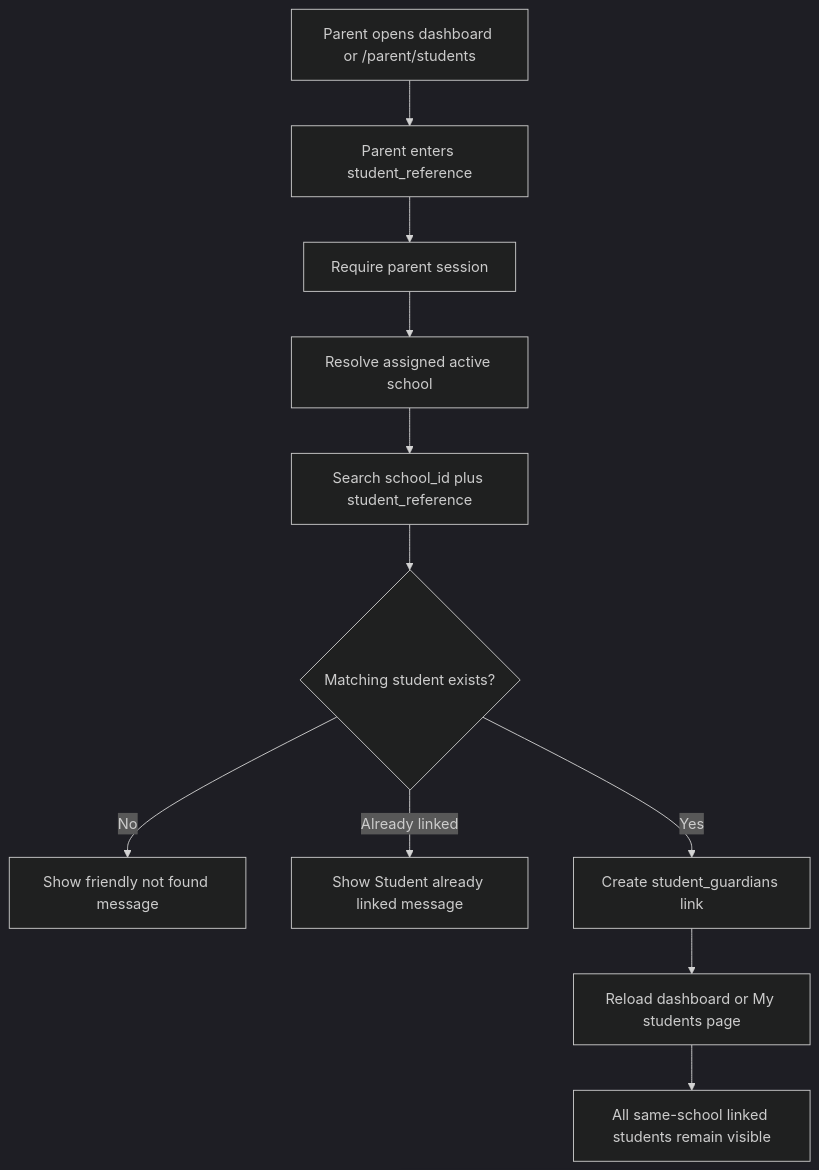
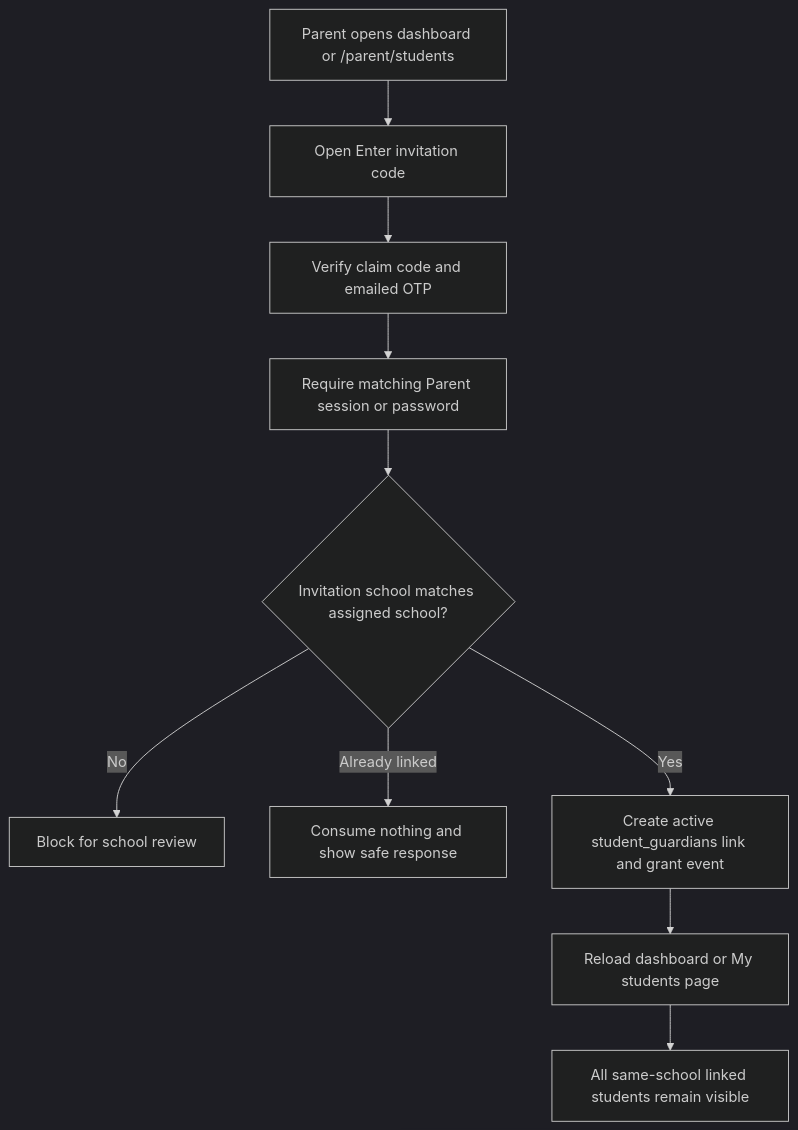
Before and after one commit to Xeyn19/xmetapay: diagram 13 of 23 in docs/PROJECT_FLOWCHARTS.md, drawn with Mermaid (dark theme). The commit also changed other lines of this file and 40 other files, not shown here.

Commit message:
feat(parent): add invitation OTP claim flow

````diff
--- a/docs/PROJECT_FLOWCHARTS.md
+++ b/docs/PROJECT_FLOWCHARTS.md
@@ -469,13 +469,12 @@
 ```mermaid
 flowchart TD
-  A["Parent opens dashboard or /parent/students"] --> B["Parent enters student_reference"]
-  B --> C["Require parent session"]
-  C --> D["Resolve assigned active school"]
-  D --> E["Search school_id plus student_reference"]
-  E --> F{"Matching student exists?"}
-  F -->|No| G["Show friendly not found message"]
-  F -->|Already linked| H["Show Student already linked message"]
-  F -->|Yes| I["Create student_guardians link"]
+  A["Parent opens dashboard or /parent/students"] --> B["Open Enter invitation code"]
+  B --> C["Verify claim code and emailed OTP"]
+  C --> D["Require matching Parent session or password"]
+  D --> E{"Invitation school matches assigned school?"}
+  E -->|No| G["Block for school review"]
+  E -->|Already linked| H["Consume nothing and show safe response"]
+  E -->|Yes| I["Create active student_guardians link and grant event"]
   I --> J["Reload dashboard or My students page"]
   J --> K["All same-school linked students remain visible"]
 ```
````
